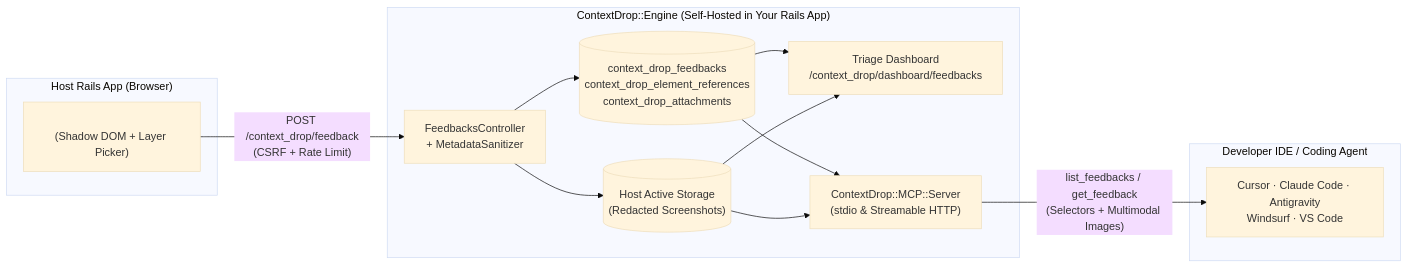
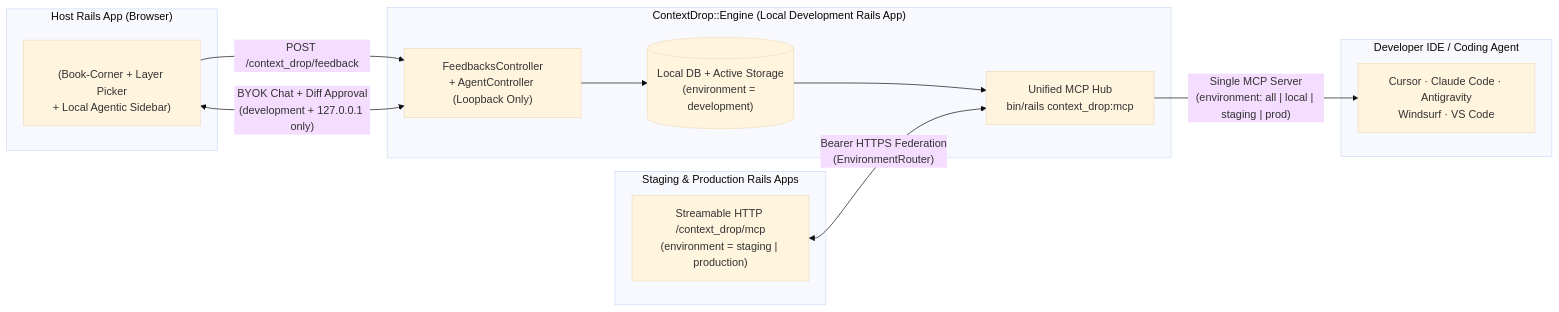
One commit to kemalelmizan/context-drop changed the second of 2 diagrams in README.md. Above: the diagram before and after it, drawn with Mermaid (base theme). The commit also changed other lines of this file and 53 other files, not shown here.

Commit message:
feat: add local BYOK agentic coding sidebar and book-corner launcher

````diff
--- a/README.md
+++ b/README.md
@@ -155,27 +192,27 @@
 ```mermaid
 flowchart LR
   subgraph Browser["Host Rails App (Browser)"]
-    Widget["<context-drop-widget>\n(Shadow DOM + Layer Picker)"]
+    Widget["<context-drop-widget>\n(Book-Corner + Layer Picker\n+ Local Agentic Sidebar)"]
   end
 
-  subgraph Engine["ContextDrop::Engine (Self-Hosted in Your Rails App)"]
-    Controller["FeedbacksController\n+ MetadataSanitizer"]
-    DB[("context_drop_feedbacks\ncontext_drop_element_references\ncontext_drop_attachments")]
-    Storage[("Host Active Storage\n(Redacted Screenshots)")]
-    Dashboard["Triage Dashboard\n/context_drop/dashboard/feedbacks"]
-    MCP["ContextDrop::MCP::Server\n(stdio & Streamable HTTP)"]
+  subgraph Engine["ContextDrop::Engine (Local Development Rails App)"]
+    Controller["FeedbacksController\n+ AgentController (Loopback Only)"]
+    DB[("Local DB + Active Storage\n(environment = development)")]
+    MCP["Unified MCP Hub\nbin/rails context_drop:mcp"]
+  end
+
+  subgraph Remote["Staging & Production Rails Apps"]
+    RemoteMCP["Streamable HTTP /context_drop/mcp\n(environment = staging | production)"]
   end
 
   subgraph IDE["Developer IDE / Coding Agent"]
     Agent["Cursor · Claude Code · Antigravity\nWindsurf · VS Code"]
   end
 
-  Widget -->|"POST /context_drop/feedback\n(CSRF + Rate Limit)"| Controller
+  Widget -->|"POST /context_drop/feedback"| Controller
+  Widget <-->|"BYOK Chat + Diff Approval\n(development + 127.0.0.1 only)"| Controller
   Controller --> DB
-  Controller --> Storage
-  DB --> Dashboard
-  Storage --> Dashboard
   DB --> MCP
-  Storage --> MCP
-  MCP -->|"list_feedbacks / get_feedback\n(Selectors + Multimodal Images)"| Agent
+  RemoteMCP <-->|"Bearer HTTPS Federation\n(EnvironmentRouter)"| MCP
+  MCP -->|"Single MCP Server\n(environment: all | local | staging | prod)"| Agent
 ```
````
